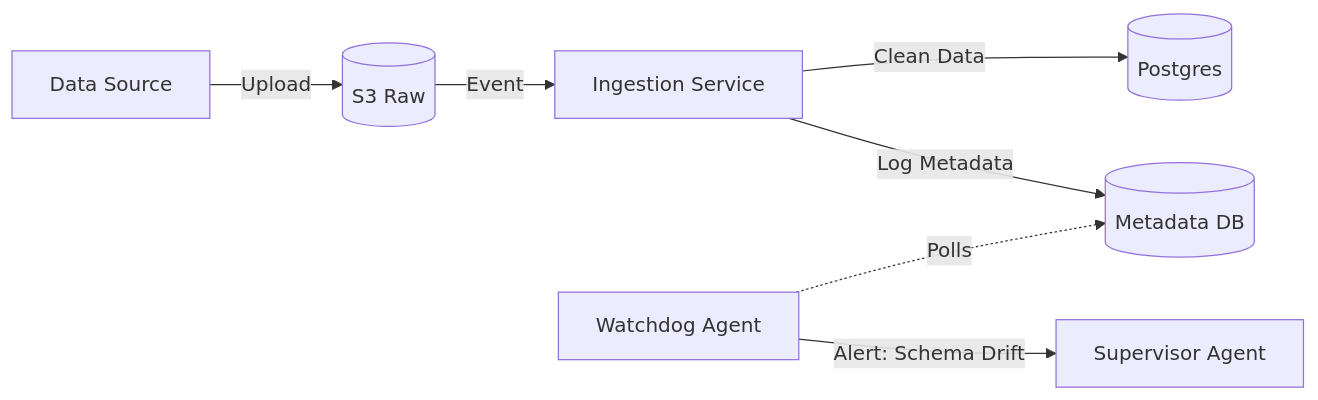
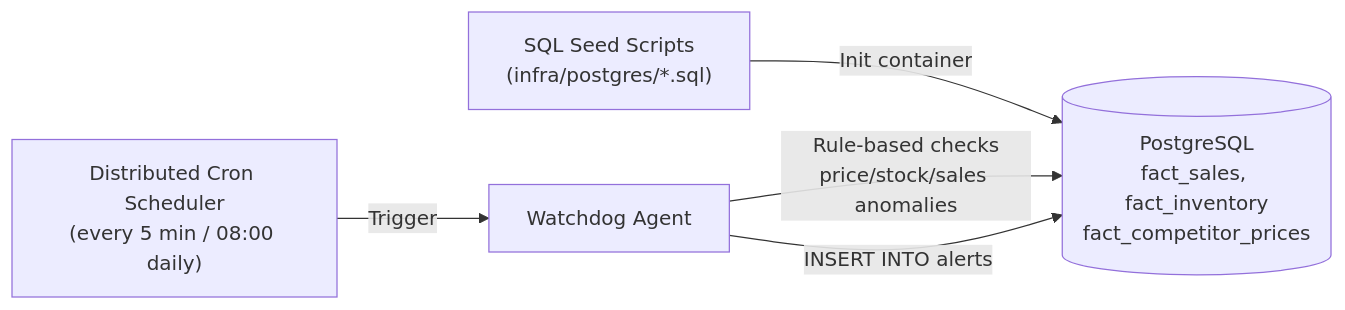
Before and after one commit to debmalyaroy/ai-cm: the third of 9 diagrams in docs/design_agent.md, drawn with Mermaid. The commit also changed other lines of this file and 5 other files, not shown here.

````diff
--- a/docs/design_agent.md
+++ b/docs/design_agent.md
@@ -109,11 +122,8 @@
 ```mermaid
 graph LR
-    Source["Data Source"] -->|"Upload"| S3[("S3 Raw")]
-    S3 -->|"Event"| IngestSvc["Ingestion Service"]
-    
-    IngestSvc -->|"Clean Data"| DB[("Postgres")]
-    IngestSvc -->|"Log Metadata"| MetaStore[("Metadata DB")]
-    
-    Watchdog["Watchdog Agent"] -.->|"Polls"| MetaStore
-    Watchdog -->|"Alert: Schema Drift"| Supervisor["Supervisor Agent"]
+    Scripts["SQL Seed Scripts\n(infra/postgres/*.sql)"] -->|"Init container"| DB[("PostgreSQL\nfact_sales, fact_inventory\nfact_competitor_prices")]
+
+    Cron["Distributed Cron Scheduler\n(every 5 min / 08:00 daily)"] -->|"Trigger"| Watchdog["Watchdog Agent"]
+    Watchdog -->|"Rule-based checks\nprice/stock/sales anomalies"| DB
+    Watchdog -->|"INSERT INTO alerts"| DB
 ```
````
